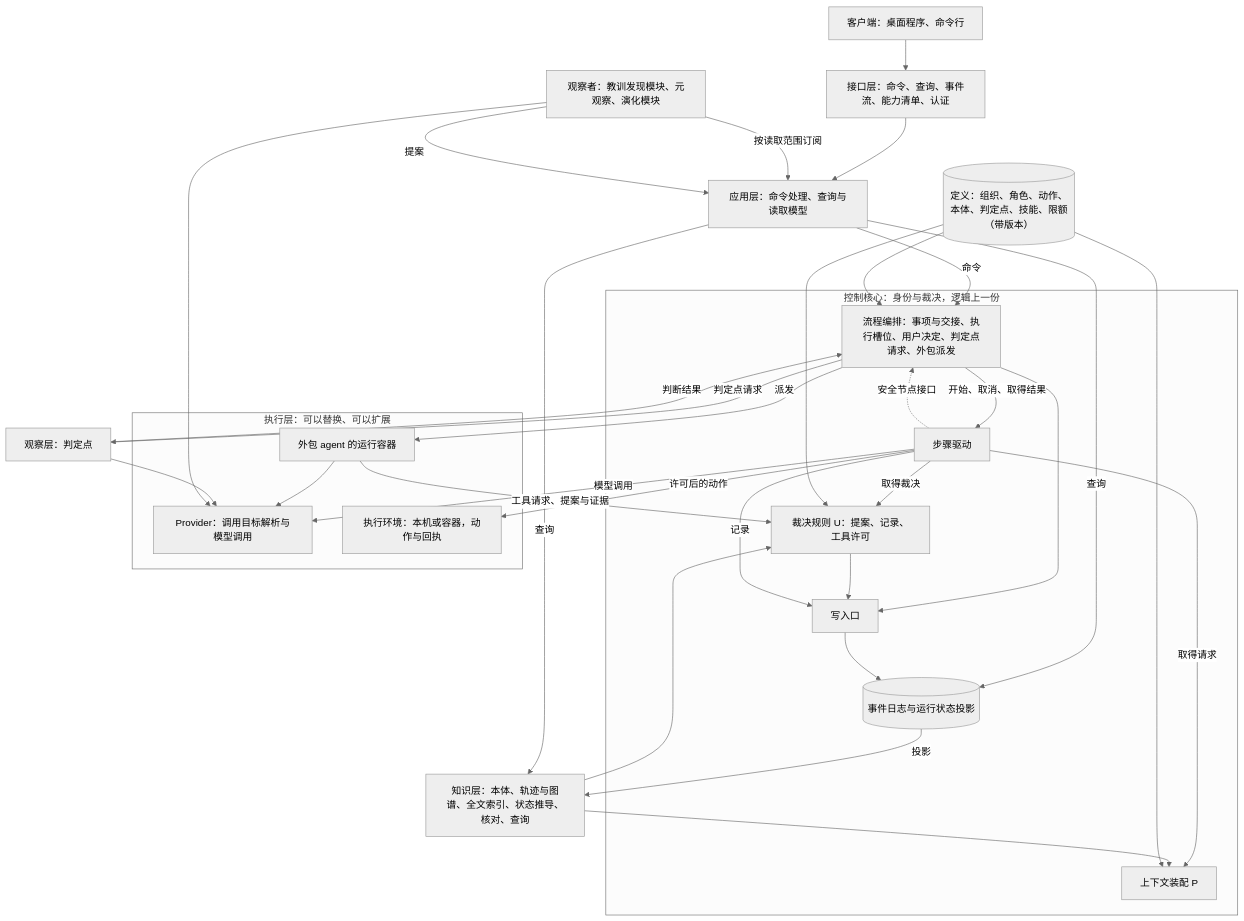
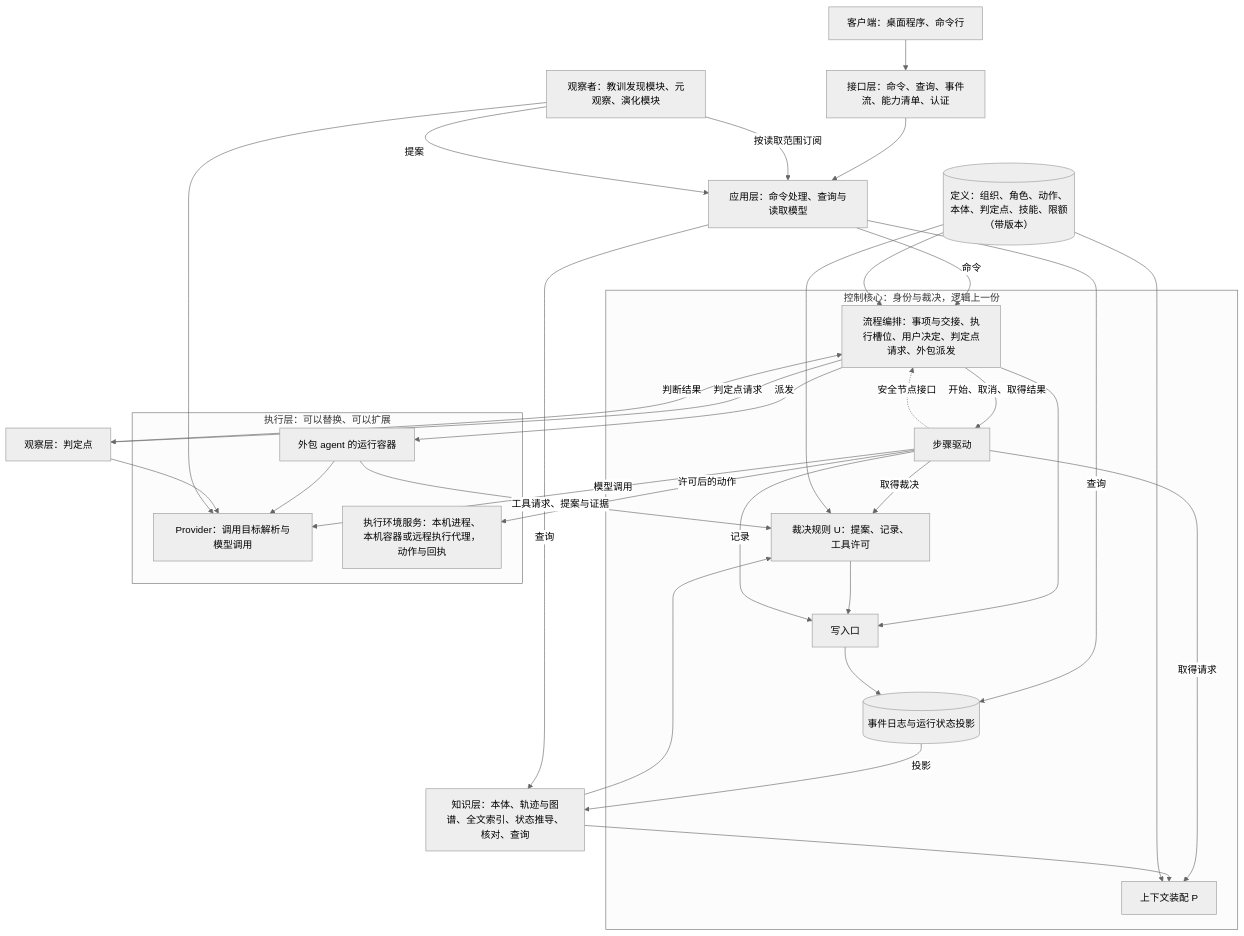
Before and after one commit to bender2333/yudao: the first of 2 diagrams in docs/design/architecture/overall-architecture.md, drawn with Mermaid (neutral theme). The commit also changed other lines of this file and 36 other files, not shown here.

````diff
--- a/docs/design/architecture/overall-architecture.md
+++ b/docs/design/architecture/overall-architecture.md
@@ -9,52 +9,52 @@
 ```mermaid
 flowchart TB
   Client["客户端：桌面程序、命令行"]
   Api["接口层：命令、查询、事件流、能力清单、认证"]
   App["应用层：命令处理、查询与读取模型"]
   subgraph Core["控制核心：身份与裁决，逻辑上一份"]
     Orch["流程编排：事项与交接、执行槽位、用户决定、判定点请求、外包派发"]
     Step["步骤驱动"]
     Asm["上下文装配 P"]
     Rules["裁决规则 U：提案、记录、工具许可"]
     Write["写入口"]
     Log[("事件日志与运行状态投影")]
   end
   Defs[("定义：组织、角色、动作、本体、判定点、技能、限额（带版本）")]
   Know["知识层：本体、轨迹与图谱、全文索引、状态推导、核对、查询"]
   Observe["观察层：判定点"]
   Watch["观察者：教训发现模块、元观察、演化模块"]
   subgraph Exec["执行层：可以替换、可以扩展"]
     Prov["Provider：调用目标解析与模型调用"]
-    Env["执行环境：本机或容器，动作与回执"]
+    Env["执行环境服务：本机进程、本机容器或远程执行代理，动作与回执"]
     Ext["外包 agent 的运行容器"]
   end
   Client --> Api --> App
   App -->|"命令"| Orch
   App -->|"查询"| Know
   App -->|"查询"| Log
   Orch -->|"开始、取消、取得结果"| Step
   Step -.->|"安全节点接口"| Orch
   Step -->|"取得请求"| Asm
   Step -->|"取得裁决"| Rules
   Step -->|"模型调用"| Prov
   Step -->|"许可后的动作"| Env
   Orch -->|"派发"| Ext
   Ext -->|"工具请求、提案与证据"| Rules
   Ext --> Prov
   Orch --> Write
   Rules --> Write
   Step -->|"记录"| Write
   Write --> Log
   Log -->|"投影"| Know
   Know --> Asm
   Know --> Rules
   Defs --> Orch
   Defs --> Asm
   Defs --> Rules
   Orch -->|"判定点请求"| Observe
   Observe -->|"判断结果"| Orch
   Observe --> Prov
   Watch -->|"按读取范围订阅"| App
   Watch -->|"提案"| App
   Watch --> Prov
 ```
````
